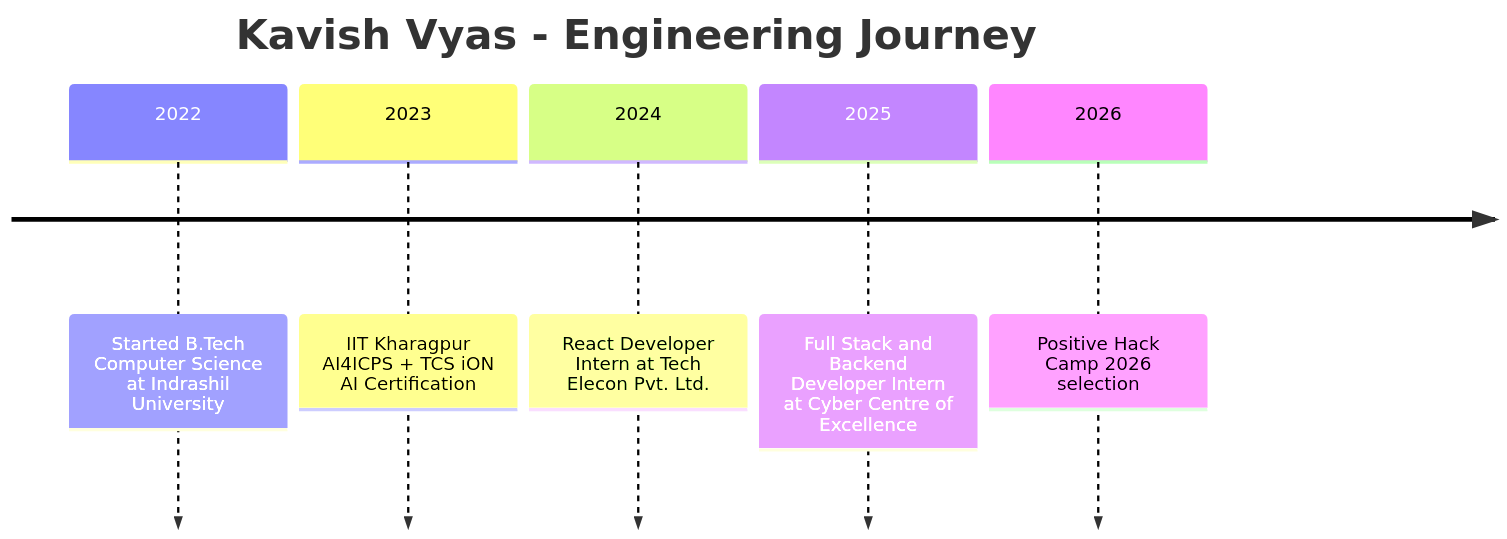
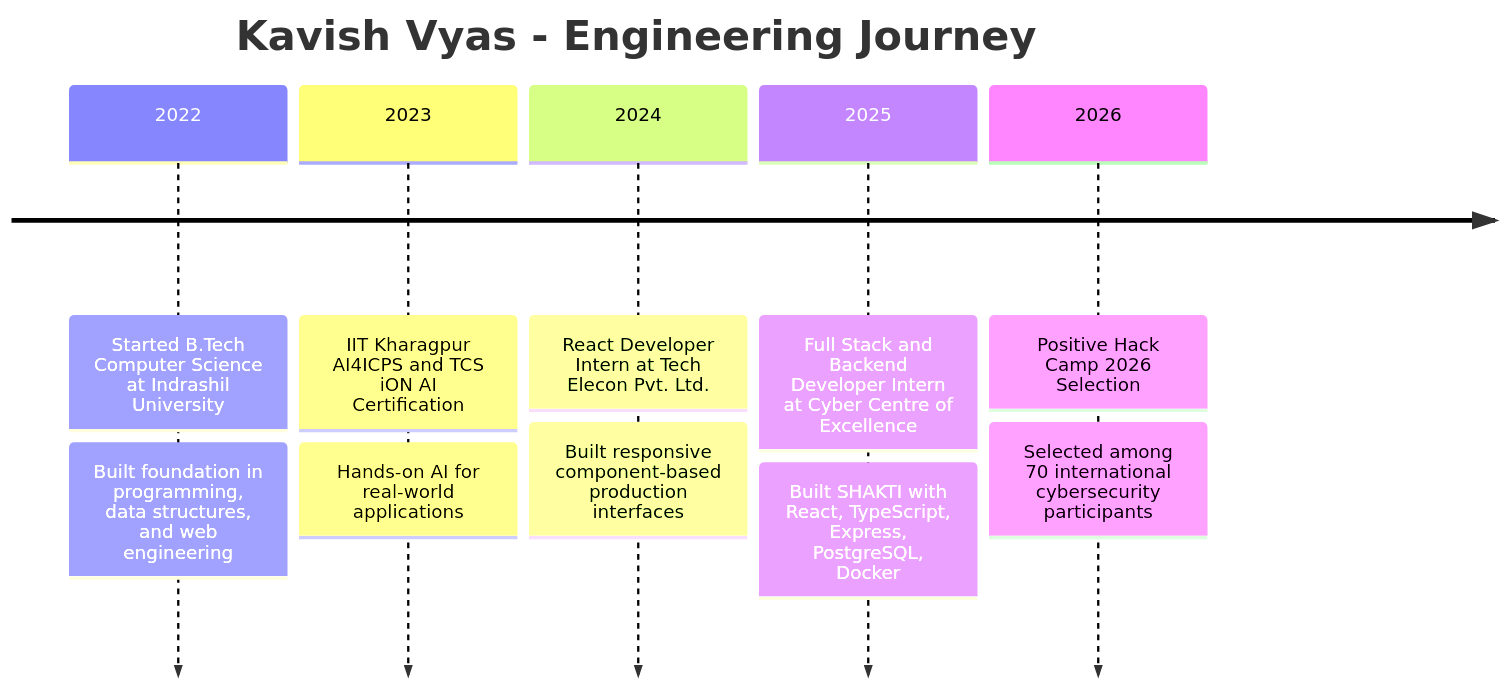
Before and after one commit to Kavish0001/Kavish0001: the third of 3 diagrams in README.md, drawn with Mermaid. The commit also changed other lines of this file, not shown here.

````diff
--- a/README.md
+++ b/README.md
@@ -148,9 +232,14 @@
 ```mermaid
 timeline
     title Kavish Vyas - Engineering Journey
     2022 : Started B.Tech Computer Science at Indrashil University
-    2023 : IIT Kharagpur AI4ICPS + TCS iON AI Certification
+         : Built foundation in programming, data structures, and web engineering
+    2023 : IIT Kharagpur AI4ICPS and TCS iON AI Certification
+         : Hands-on AI for real-world applications
     2024 : React Developer Intern at Tech Elecon Pvt. Ltd.
+         : Built responsive component-based production interfaces
     2025 : Full Stack and Backend Developer Intern at Cyber Centre of Excellence
-    2026 : Positive Hack Camp 2026 selection
+         : Built SHAKTI with React, TypeScript, Express, PostgreSQL, Docker
+    2026 : Positive Hack Camp 2026 Selection
+         : Selected among 70 international cybersecurity participants
 ```
````
